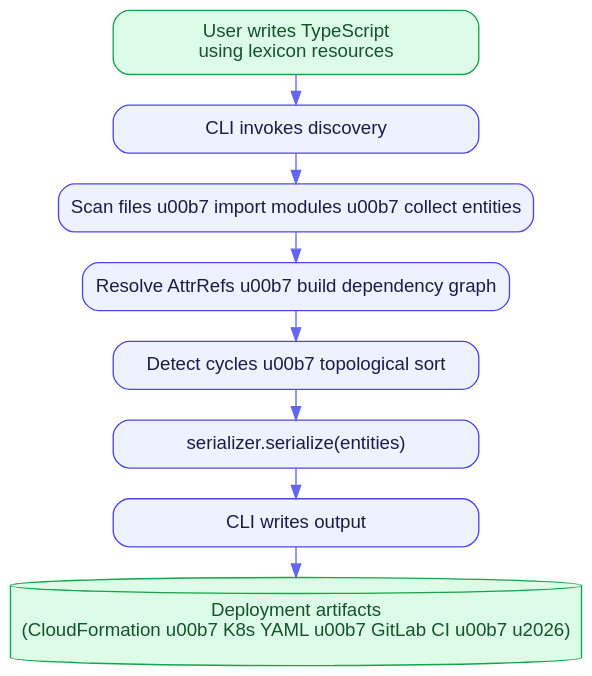
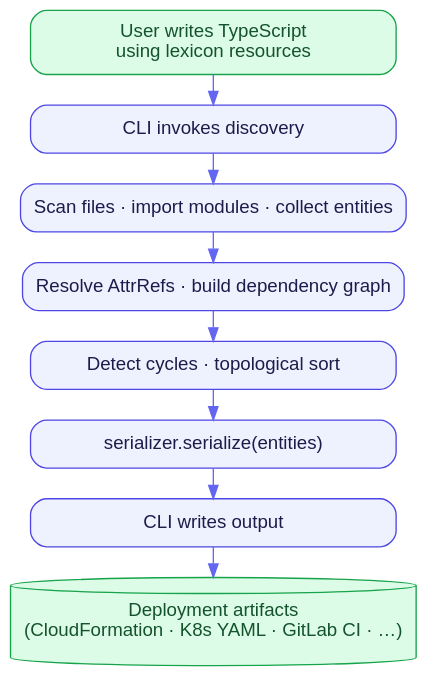
Before and after one commit to INTENTIUS/chant: the diagram in docs/diagrams/architecture-data-flow.dot, drawn with Graphviz. The commit also changed 17 other files, not shown here.

```diff
--- a/docs/diagrams/architecture-data-flow.dot
+++ b/docs/diagrams/architecture-data-flow.dot
@@ -1,20 +1,20 @@
 digraph data_flow {
   rankdir=TB
   graph [fontname="Helvetica,Arial,sans-serif" bgcolor="transparent" pad="0.4" ranksep="0.32"]
   node  [fontname="Helvetica,Arial,sans-serif" shape=box style="filled,rounded" margin="0.2,0.12" width=3.8
          fillcolor="#EEF2FF" color="#4F46E5" fontcolor="#1E1B4B"]
   edge  [color="#6366F1" fontname="Helvetica,Arial,sans-serif"]
 
   src [label="User writes TypeScript\nusing lexicon resources"
        fillcolor="#DCFCE7" color="#16A34A" fontcolor="#14532D"]
   n1  [label="CLI invokes discovery"]
-  n2  [label="Scan files \u00b7 import modules \u00b7 collect entities"]
-  n3  [label="Resolve AttrRefs \u00b7 build dependency graph"]
-  n4  [label="Detect cycles \u00b7 topological sort"]
+  n2  [label="Scan files · import modules · collect entities"]
+  n3  [label="Resolve AttrRefs · build dependency graph"]
+  n4  [label="Detect cycles · topological sort"]
   n5  [label="serializer.serialize(entities)"]
   n6  [label="CLI writes output"]
-  out [label="Deployment artifacts\n(CloudFormation \u00b7 K8s YAML \u00b7 GitLab CI \u00b7 \u2026)"
+  out [label="Deployment artifacts\n(CloudFormation · K8s YAML · GitLab CI · …)"
        shape=cylinder fillcolor="#DCFCE7" color="#16A34A" fontcolor="#14532D"]
 
   src -> n1 -> n2 -> n3 -> n4 -> n5 -> n6 -> out
 }
```
